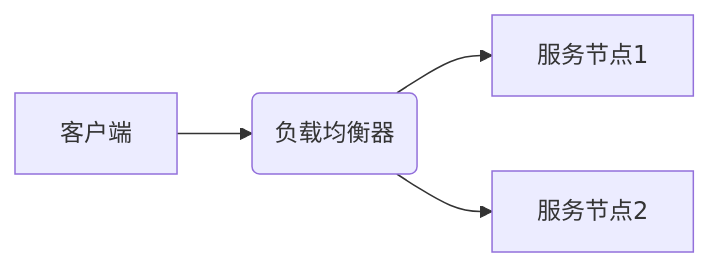
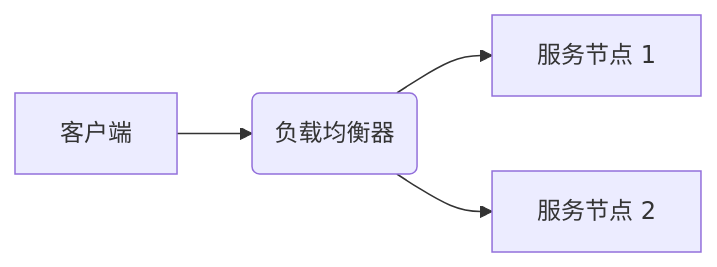
The first of 5 diagrams in src/content/blog/2025-04-03/index.md (Computerization/c13n), drawn with Mermaid before and after one commit. The commit also changed other lines of this file and 50 other files, not shown here.

````diff
--- a/src/content/blog/2025-04-03/index.md
+++ b/src/content/blog/2025-04-03/index.md
@@ -18,6 +18,6 @@
 ```mermaid
 graph LR
   A[客户端] --> B(负载均衡器)
-  B --> C[服务节点1]
-  B --> D[服务节点2]
+  B --> C[服务节点 1]
+  B --> D[服务节点 2]
 ```  
````
